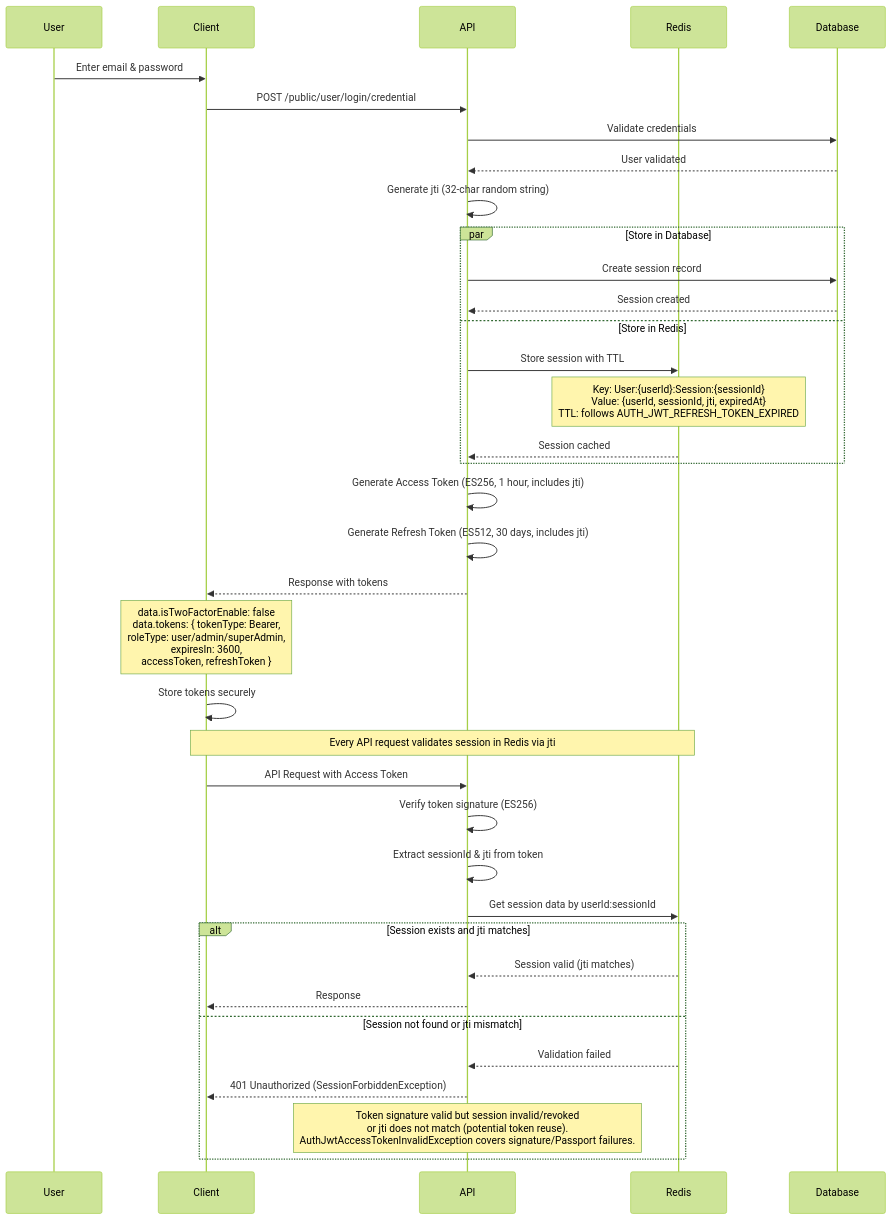
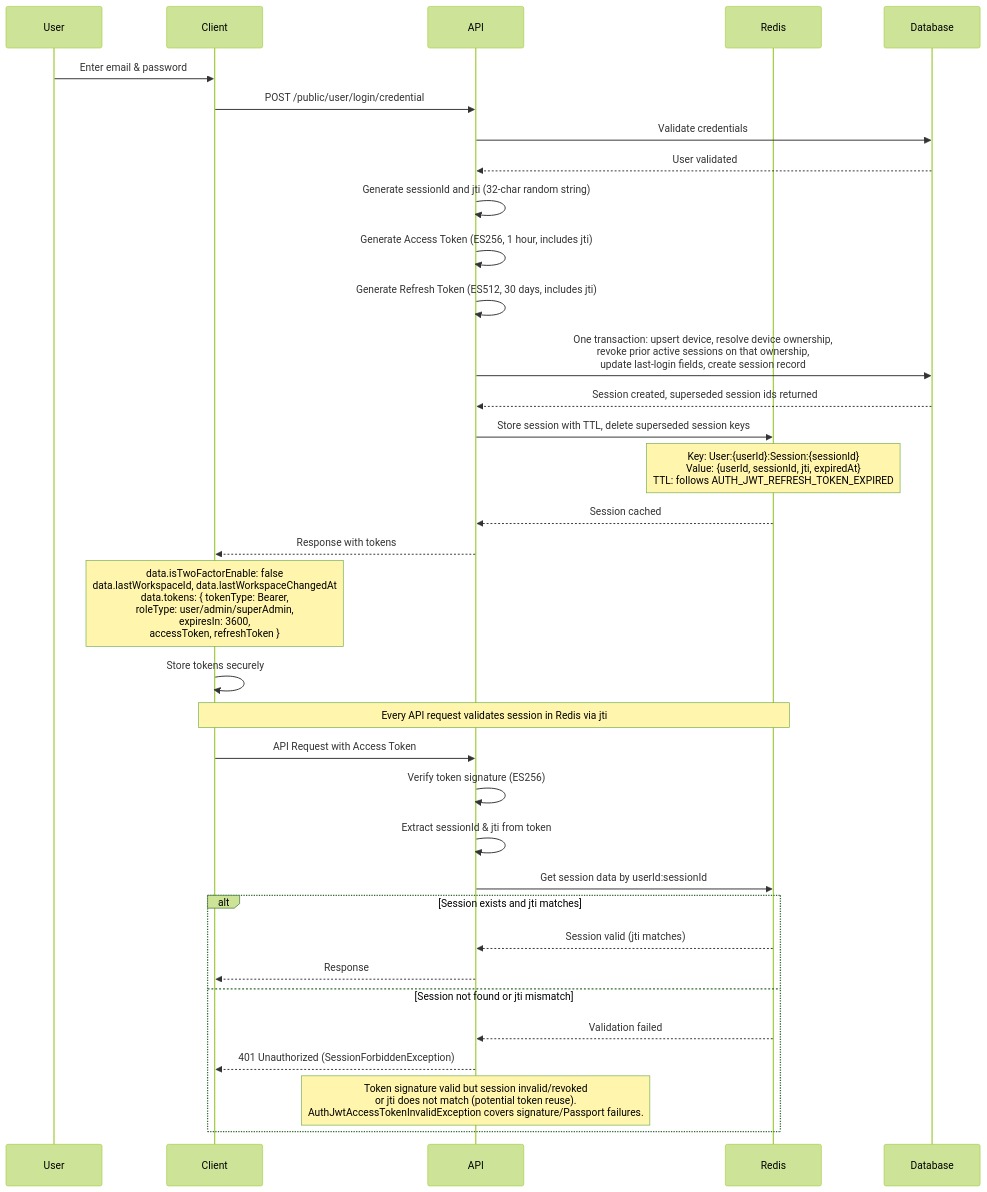
One commit to andrechristikan/ack-nestjs-boilerplate changed the second of 9 diagrams in docs/authentication.md. Above: the diagram before and after it, drawn with Mermaid (forest theme). The commit also changed other lines of this file and 62 other files, not shown here.

````diff
--- a/docs/authentication.md
+++ b/docs/authentication.md
@@ -235,48 +235,45 @@
 ```mermaid
 sequenceDiagram
     participant User
     participant Client
     participant API
     participant Redis
     participant Database
 
     User->>Client: Enter email & password
     Client->>API: POST /public/user/login/credential
     API->>Database: Validate credentials
     Database-->>API: User validated
     
-    API->>API: Generate jti (32-char random string)
-    
-    par Store in Database
-        API->>Database: Create session record
-        Database-->>API: Session created
-    and Store in Redis
-        API->>Redis: Store session with TTL
-        Note over Redis: Key: User:{userId}:Session:{sessionId}<br/>Value: {userId, sessionId, jti, expiredAt}<br/>TTL: follows AUTH_JWT_REFRESH_TOKEN_EXPIRED
-        Redis-->>API: Session cached
-    end
-    
+    API->>API: Generate sessionId and jti (32-char random string)
     API->>API: Generate Access Token (ES256, 1 hour, includes jti)
     API->>API: Generate Refresh Token (ES512, 30 days, includes jti)
     
+    API->>Database: One transaction: upsert device, resolve device ownership,<br/>revoke prior active sessions on that ownership,<br/>update last-login fields, create session record
+    Database-->>API: Session created, superseded session ids returned
+    
+    API->>Redis: Store session with TTL, delete superseded session keys
+    Note over Redis: Key: User:{userId}:Session:{sessionId}<br/>Value: {userId, sessionId, jti, expiredAt}<br/>TTL: follows AUTH_JWT_REFRESH_TOKEN_EXPIRED
+    Redis-->>API: Session cached
+    
     API-->>Client: Response with tokens
-    Note over Client: data.isTwoFactorEnable: false<br/>data.tokens: { tokenType: Bearer,<br/>roleType: user/admin/superAdmin,<br/>expiresIn: 3600,<br/>accessToken, refreshToken }
+    Note over Client: data.isTwoFactorEnable: false<br/>data.lastWorkspaceId, data.lastWorkspaceChangedAt<br/>data.tokens: { tokenType: Bearer,<br/>roleType: user/admin/superAdmin,<br/>expiresIn: 3600,<br/>accessToken, refreshToken }
     
     Client->>Client: Store tokens securely
     
     Note over Client,Redis: Every API request validates session in Redis via jti
     
     Client->>API: API Request with Access Token
     API->>API: Verify token signature (ES256)
     API->>API: Extract sessionId & jti from token
     API->>Redis: Get session data by userId:sessionId
     
     alt Session exists and jti matches
         Redis-->>API: Session valid (jti matches)
         API-->>Client: Response
     else Session not found or jti mismatch
         Redis-->>API: Validation failed
         API-->>Client: 401 Unauthorized (SessionForbiddenException)
         Note over API: Token signature valid but session invalid/revoked<br/>or jti does not match (potential token reuse).<br/>AuthJwtAccessTokenInvalidException covers signature/Passport failures.
     end
 ```
````
